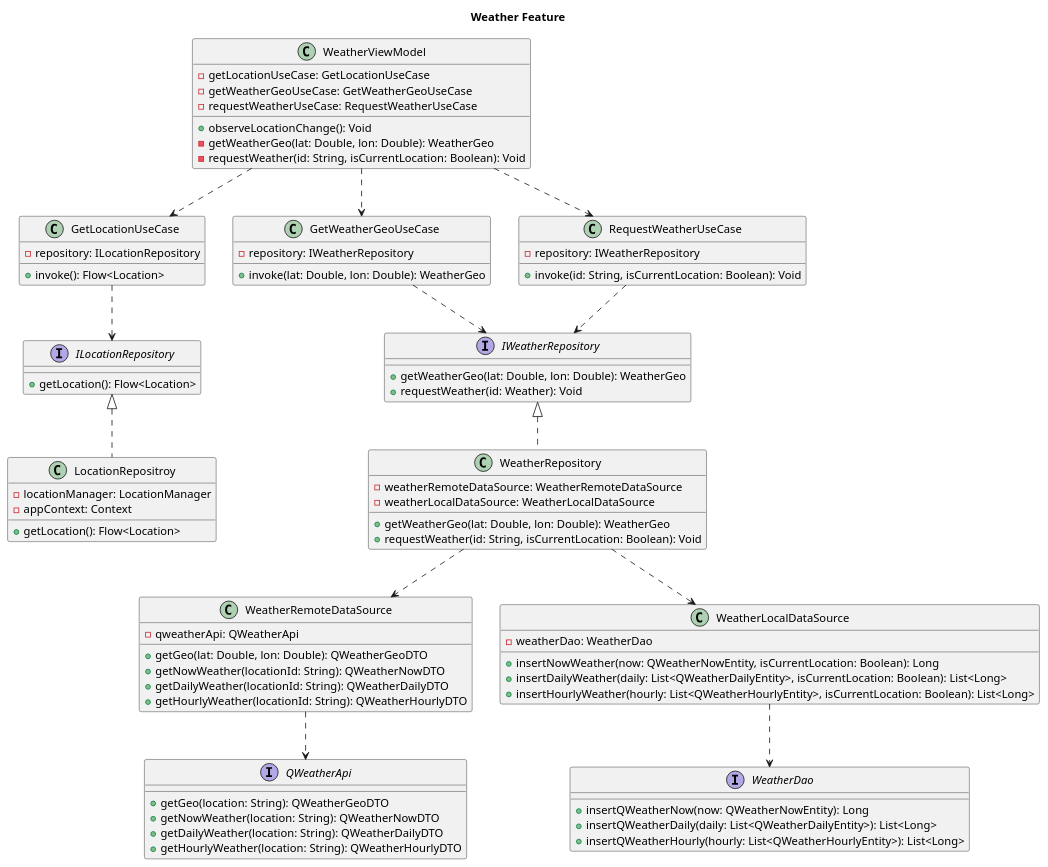
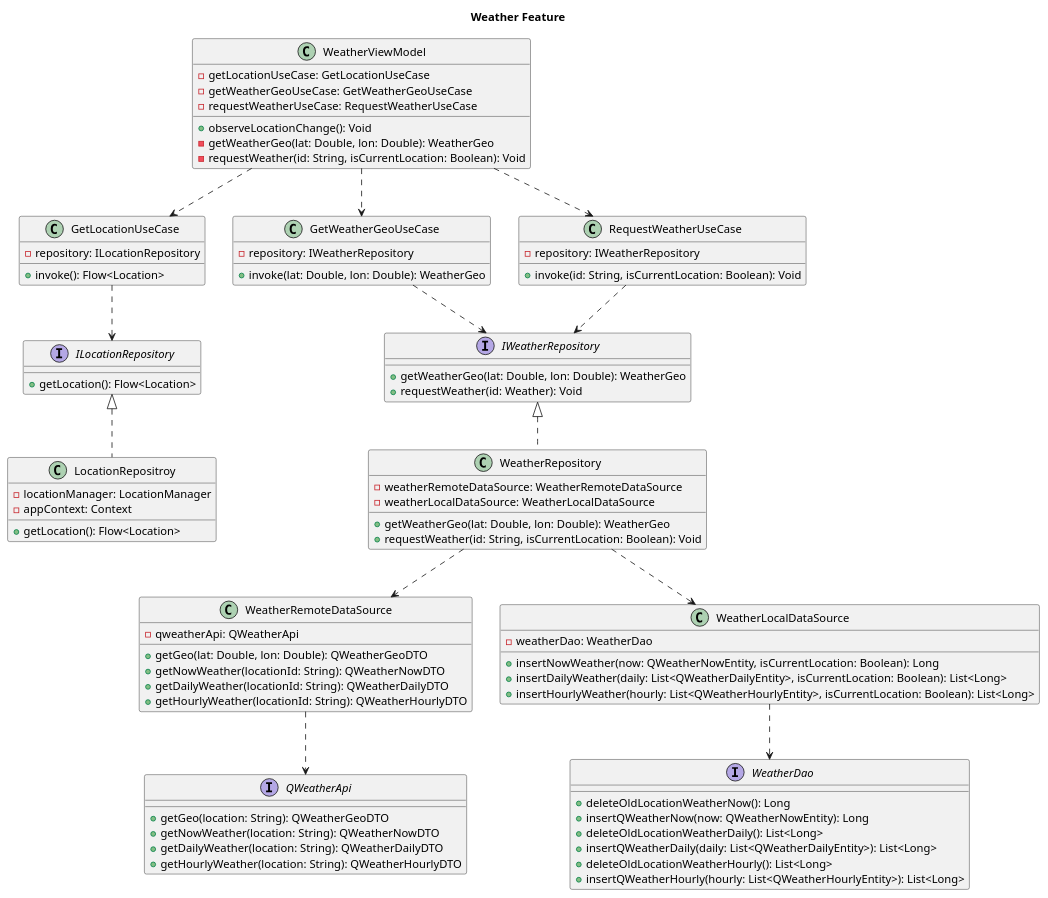
One commit to Sereah/CleanArchitecture changed the diagram in uml/weather.pu. Above: the diagram before and after it, drawn with PlantUML.

Commit message:
更新feature uml

```diff
--- a/uml/weather.pu
+++ b/uml/weather.pu
@@ -1,101 +1,104 @@
-@startuml
+@startuml weather uml
 title Weather Feature
 
 ' presentation
 
 class WeatherViewModel {
     - getLocationUseCase: GetLocationUseCase
     - getWeatherGeoUseCase: GetWeatherGeoUseCase
     - requestWeatherUseCase: RequestWeatherUseCase
     + observeLocationChange(): Void
     - getWeatherGeo(lat: Double, lon: Double): WeatherGeo
     - requestWeather(id: String, isCurrentLocation: Boolean): Void
 }
 
 WeatherViewModel ..> GetLocationUseCase
 WeatherViewModel ..> GetWeatherGeoUseCase
 WeatherViewModel ..> RequestWeatherUseCase
 
 
 ' domain
 
 interface ILocationRepository {
     + getLocation(): Flow<Location>
 }
 
 interface IWeatherRepository {
     + getWeatherGeo(lat: Double, lon: Double): WeatherGeo
     + requestWeather(id: Weather): Void
 }
 
 class GetLocationUseCase {
     - repository: ILocationRepository
     + invoke(): Flow<Location>
 }
 
 class GetWeatherGeoUseCase {
     - repository: IWeatherRepository
     + invoke(lat: Double, lon: Double): WeatherGeo
 }
 
 class RequestWeatherUseCase {
     - repository: IWeatherRepository
     + invoke(id: String, isCurrentLocation: Boolean): Void
 }
 
 GetWeatherGeoUseCase ..> IWeatherRepository
 RequestWeatherUseCase ..> IWeatherRepository
 GetLocationUseCase ..> ILocationRepository
 ILocationRepository <|.. LocationRepositroy
 IWeatherRepository <|.. WeatherRepository
 
 
 ' data
 
 class LocationRepositroy {
     - locationManager: LocationManager
     - appContext: Context
     + getLocation(): Flow<Location>
 }
 
 class WeatherRepository {
     - weatherRemoteDataSource: WeatherRemoteDataSource
     - weatherLocalDataSource: WeatherLocalDataSource
     + getWeatherGeo(lat: Double, lon: Double): WeatherGeo
     + requestWeather(id: String, isCurrentLocation: Boolean): Void
 }
 
 class WeatherRemoteDataSource {
     - qweatherApi: QWeatherApi
     + getGeo(lat: Double, lon: Double): QWeatherGeoDTO
     + getNowWeather(locationId: String): QWeatherNowDTO
     + getDailyWeather(locationId: String): QWeatherDailyDTO
     + getHourlyWeather(locationId: String): QWeatherHourlyDTO
 }
 
 class WeatherLocalDataSource {
     - weatherDao: WeatherDao
     + insertNowWeather(now: QWeatherNowEntity, isCurrentLocation: Boolean): Long
     + insertDailyWeather(daily: List<QWeatherDailyEntity>, isCurrentLocation: Boolean): List<Long>
     + insertHourlyWeather(hourly: List<QWeatherHourlyEntity>, isCurrentLocation: Boolean): List<Long>
 }
 
 interface QWeatherApi {
     + getGeo(location: String): QWeatherGeoDTO
     + getNowWeather(location: String): QWeatherNowDTO
     + getDailyWeather(location: String): QWeatherDailyDTO
     + getHourlyWeather(location: String): QWeatherHourlyDTO
 }
 
 interface WeatherDao {
+    + deleteOldLocationWeatherNow(): Long
     + insertQWeatherNow(now: QWeatherNowEntity): Long
+    + deleteOldLocationWeatherDaily(): List<Long>
     + insertQWeatherDaily(daily: List<QWeatherDailyEntity>): List<Long>
+    + deleteOldLocationWeatherHourly(): List<Long>
     + insertQWeatherHourly(hourly: List<QWeatherHourlyEntity>): List<Long>
 }
 
 WeatherRepository ..> WeatherRemoteDataSource
 WeatherRepository ..> WeatherLocalDataSource
 WeatherRemoteDataSource ..> QWeatherApi
 WeatherLocalDataSource ..> WeatherDao
 
 @enduml
```
